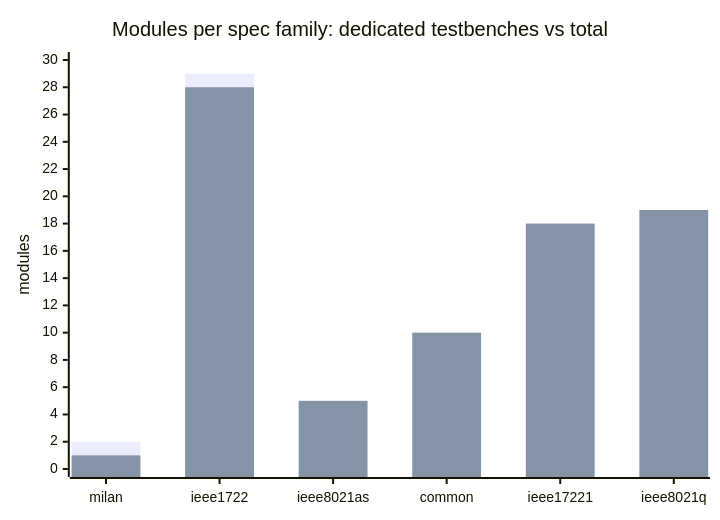
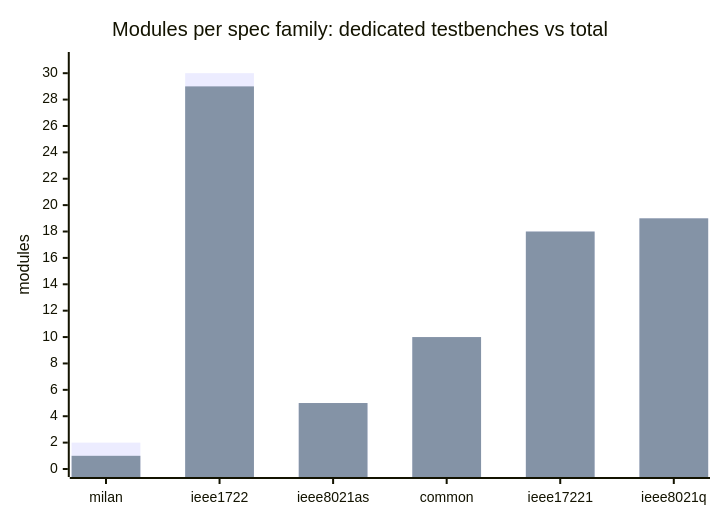
One commit to kebag-logic/milan-fpga changed the diagram in docs/traceability/MODULE_MATRIX.md. Above: the diagram before and after it, drawn with Mermaid. The commit also changed other lines of this file and 23 other files, not shown here.

````diff
--- a/docs/traceability/MODULE_MATRIX.md
+++ b/docs/traceability/MODULE_MATRIX.md
@@ -30,8 +30,8 @@
 ```mermaid
 xychart-beta
     title "Modules per spec family: dedicated testbenches vs total"
     x-axis ["milan", "ieee1722", "ieee8021as", "common", "ieee17221", "ieee8021q"]
-    y-axis "modules" 0 --> 30
-    bar [2, 29, 5, 10, 18, 19]
-    bar [1, 28, 5, 10, 18, 19]
+    y-axis "modules" 0 --> 31
+    bar [2, 30, 5, 10, 18, 19]
+    bar [1, 29, 5, 10, 18, 19]
 ```
````
